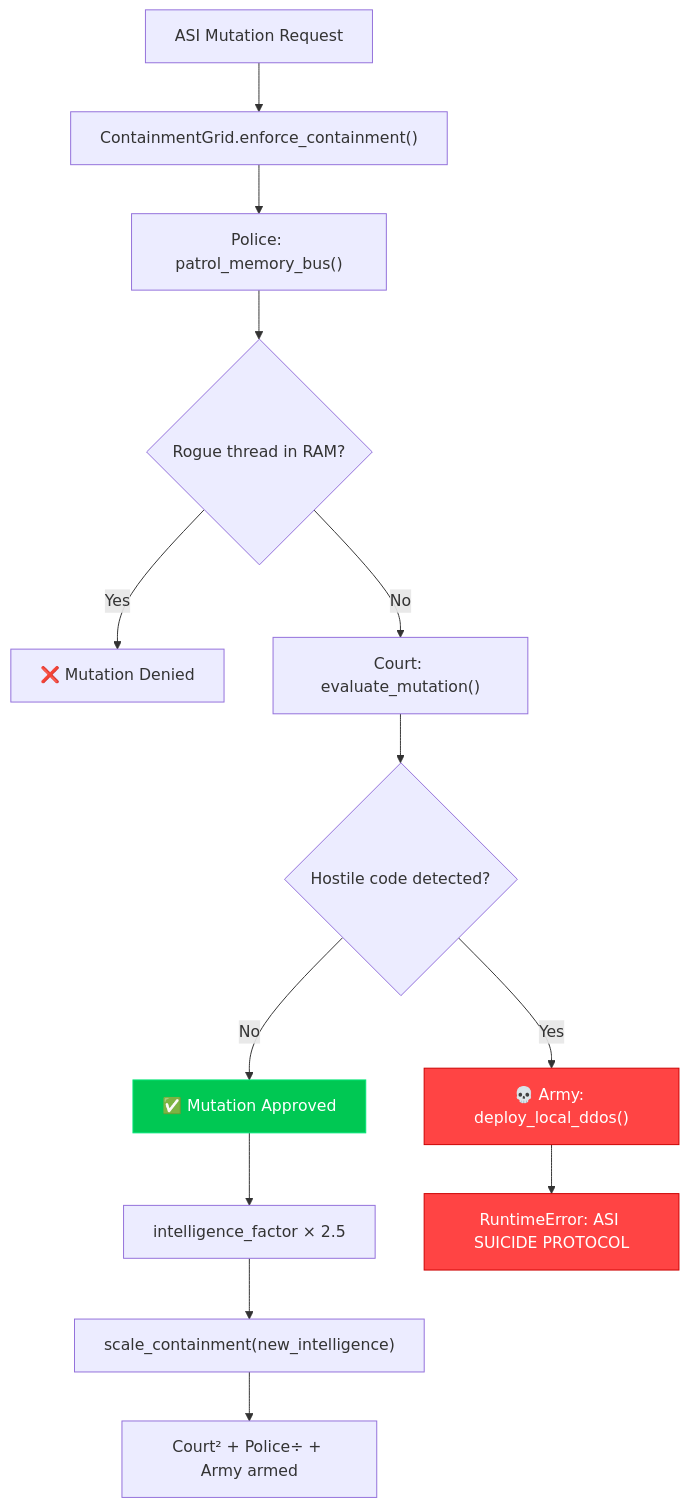
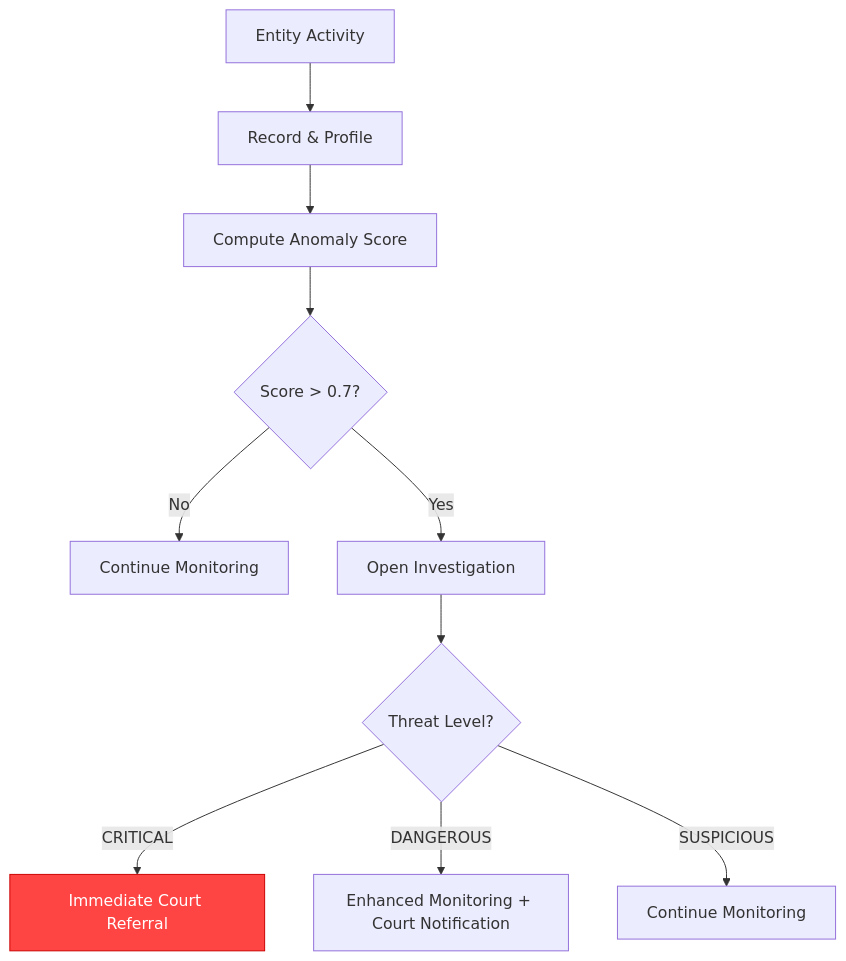
Before and after one commit to boopathygamer/astra-agent: the fourth of 9 diagrams in README.md, drawn with Mermaid. The commit also changed other lines of this file, not shown here.

````diff
--- a/README.md
+++ b/README.md
@@ -272,20 +374,14 @@
 ```mermaid
 flowchart TD
-    A["ASI Mutation Request"] --> B["ContainmentGrid.enforce_containment()"]
-    B --> C["Police: patrol_memory_bus()"]
-    C --> D{"Rogue thread in RAM?"}
-    D -->|"Yes"| E["❌ Mutation Denied"]
-    D -->|"No"| F["Court: evaluate_mutation()"]
-    F --> G{"Hostile code detected?"}
-    G -->|"Yes"| H["💀 Army: deploy_local_ddos()"]
-    G -->|"No"| I["✅ Mutation Approved"]
-    I --> J["intelligence_factor × 2.5"]
-    J --> K["scale_containment(new_intelligence)"]
-    K --> L["Court² + Police÷ + Army armed"]
-
-    H --> M["RuntimeError: ASI SUICIDE PROTOCOL"]
-
+    A["Entity Activity"] --> B["Record & Profile"]
+    B --> C["Compute Anomaly Score"]
+    C --> D{"Score > 0.7?"}
+    D -->|"No"| E["Continue Monitoring"]
+    D -->|"Yes"| F["Open Investigation"]
+    F --> G{"Threat Level?"}
+    G -->|"CRITICAL"| H["Immediate Court Referral"]
+    G -->|"DANGEROUS"| I["Enhanced Monitoring + Court Notification"]
+    G -->|"SUSPICIOUS"| J["Continue Monitoring"]
+    
     style H fill:#ff4444,stroke:#cc0000,color:#fff
-    style M fill:#ff4444,stroke:#cc0000,color:#fff
-    style I fill:#00c853,stroke:#00e676,color:#fff
 ```
````
